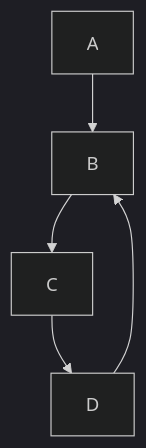
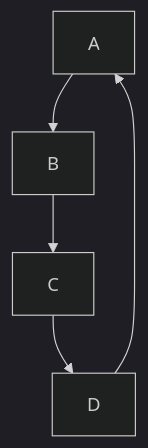
One commit to jakki-prog/oop-workshop changed the second of 2 diagrams in README.md. Above: the diagram before and after it, drawn with Mermaid (dark theme).

Commit message:
fixed my mermaid template again

````diff
--- a/README.md
+++ b/README.md
@@ -13,7 +13,7 @@
 ```mermaid
 graph TD;
   A-->B;
   B-->C;
   C-->D;
-  D-->B;
+  D-->A;
   ```
````
